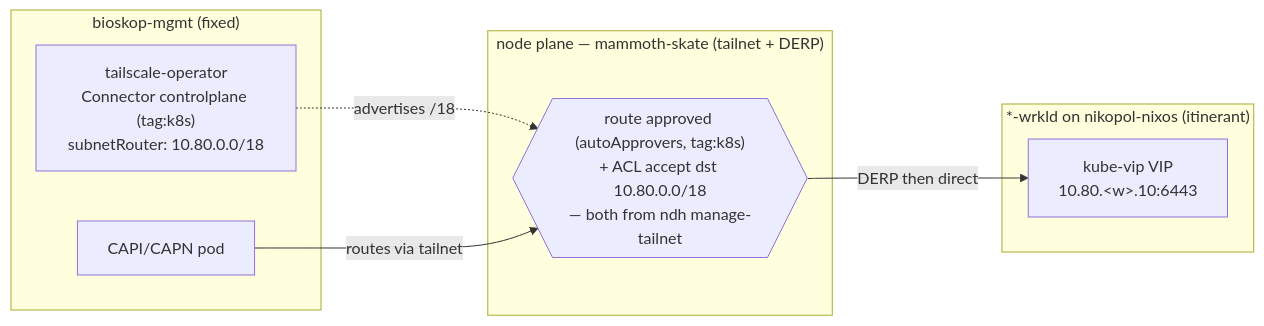
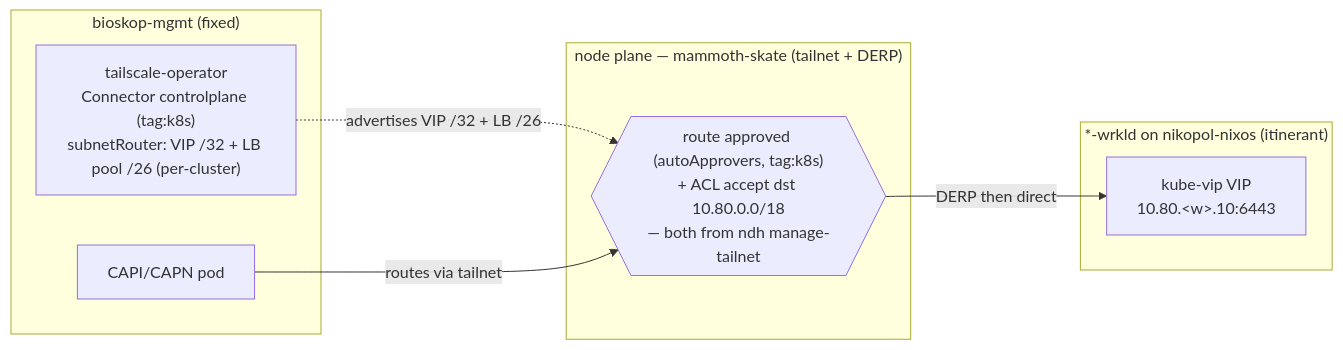
Before and after one commit to seedmatic/rke2lab: the fifth of 9 diagrams in docs/architecture/cluster-api/management-workload-topology.adoc, drawn with Mermaid. The commit also changed other lines of this file and 2 other files, not shown here.

```diff
--- a/docs/architecture/cluster-api/management-workload-topology.adoc
+++ b/docs/architecture/cluster-api/management-workload-topology.adoc
@@ -360,17 +366,17 @@
 [mermaid,topology-cp-endpoint-reach,svg]
 ----
 flowchart LR
   subgraph MGMT["bioskop-mgmt (fixed)"]
     CAPI["CAPI/CAPN pod"]
-    OP["tailscale-operator<br/>Connector controlplane (tag:k8s)<br/>subnetRouter: 10.80.0.0/18"]
+    OP["tailscale-operator<br/>Connector controlplane (tag:k8s)<br/>subnetRouter: VIP /32 + LB pool /26 (per-cluster)"]
   end
   subgraph TS["node plane — mammoth-skate (tailnet + DERP)"]
     R{{"route approved (autoApprovers, tag:k8s)<br/>+ ACL accept dst 10.80.0.0/18<br/>— both from ndh manage-tailnet"}}
   end
   subgraph WL["*-wrkld on nikopol-nixos (itinerant)"]
     VIP["kube-vip VIP<br/>10.80.&lt;w&gt;.10:6443"]
   end
-  OP -.->|advertises /18| R
+  OP -.->|advertises VIP /32 + LB /26| R
   CAPI -->|routes via tailnet| R
   R -->|DERP then direct| VIP
 ----
```
